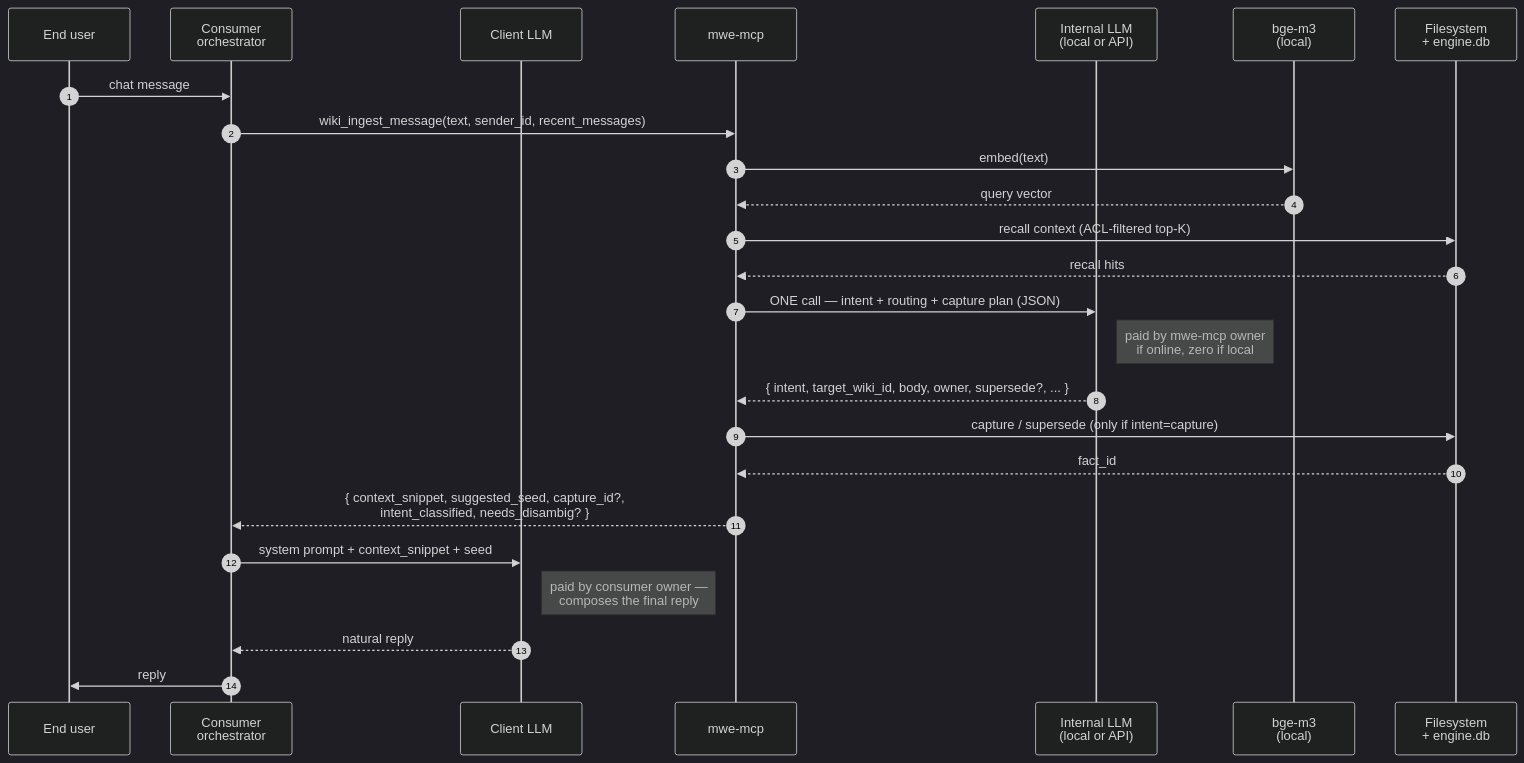
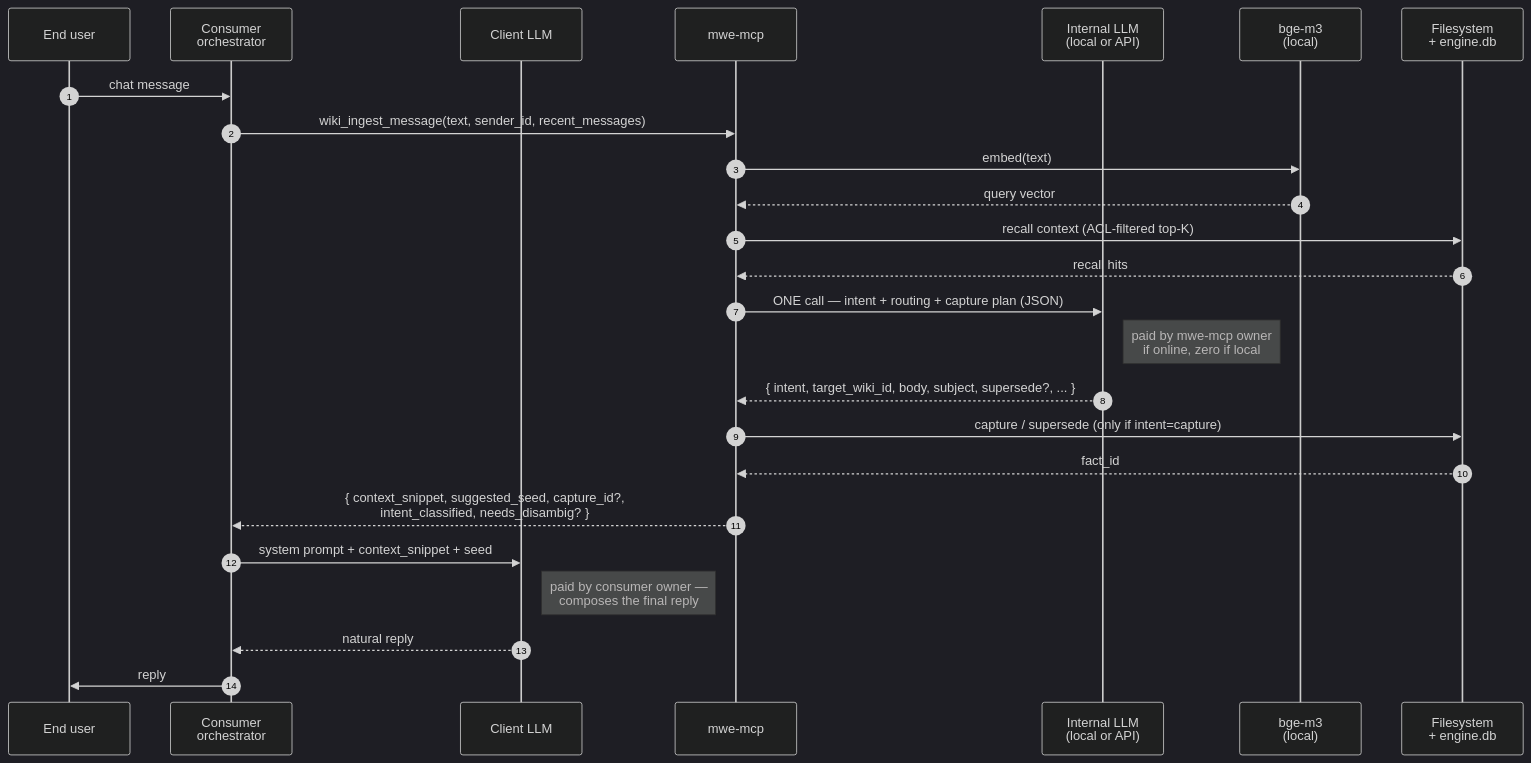
The second of 3 diagrams in docs/architecture/runtime-topology.md (Fr4nZ82/mwe-mcp), drawn with Mermaid (dark theme) before and after one commit. The commit also changed other lines of this file and 117 other files, not shown here.

````diff
--- a/docs/architecture/runtime-topology.md
+++ b/docs/architecture/runtime-topology.md
@@ -199,33 +199,33 @@
 ```mermaid
 sequenceDiagram
     autonumber
     participant U as End user
     participant C as Consumer<br/>orchestrator
     participant CL as Client LLM
     participant M as mwe-mcp
     participant ML as Internal LLM<br/>(local or API)
     participant E as bge-m3<br/>(local)
     participant FS as Filesystem<br/>+ engine.db
 
     U->>C: chat message
     C->>M: wiki_ingest_message(text, sender_id, recent_messages)
 
     M->>E: embed(text)
     E-->>M: query vector
     M->>FS: recall context (ACL-filtered top-K)
     FS-->>M: recall hits
 
     M->>ML: ONE call — intent + routing + capture plan (JSON)
     Note right of ML: paid by mwe-mcp owner<br/>if online, zero if local
-    ML-->>M: { intent, target_wiki_id, body, owner, supersede?, ... }
+    ML-->>M: { intent, target_wiki_id, body, subject, supersede?, ... }
 
     M->>FS: capture / supersede (only if intent=capture)
     FS-->>M: fact_id
 
     M-->>C: { context_snippet, suggested_seed, capture_id?,<br/>intent_classified, needs_disambig? }
 
     C->>CL: system prompt + context_snippet + seed
     Note right of CL: paid by consumer owner —<br/>composes the final reply
     CL-->>C: natural reply
     C->>U: reply
 ```
````
